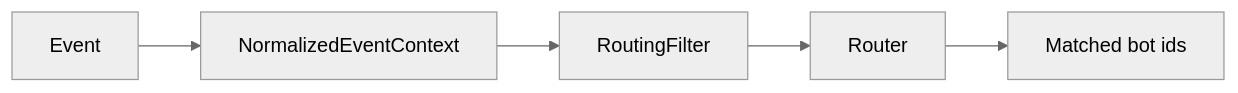
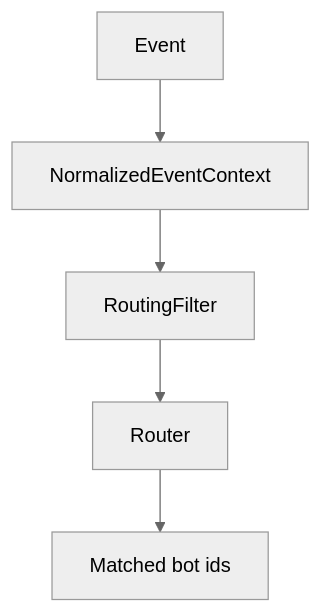
Before and after one commit to perfectedge13/Vinekeepers: the diagram in mkdoc/features/domain/bot/routing/diagrams.md, drawn with Mermaid (neutral theme). The commit also changed other lines of this file and 21 other files, not shown here.

````diff
--- a/mkdoc/features/domain/bot/routing/diagrams.md
+++ b/mkdoc/features/domain/bot/routing/diagrams.md
@@ -5,7 +9,7 @@
 ```mermaid
-flowchart LR
+flowchart TB
   Event[Event] --> Normalized[NormalizedEventContext]
   Normalized --> Filter[RoutingFilter]
   Filter --> Router[Router]
   Router --> Matches[Matched bot ids]
 ```
````
